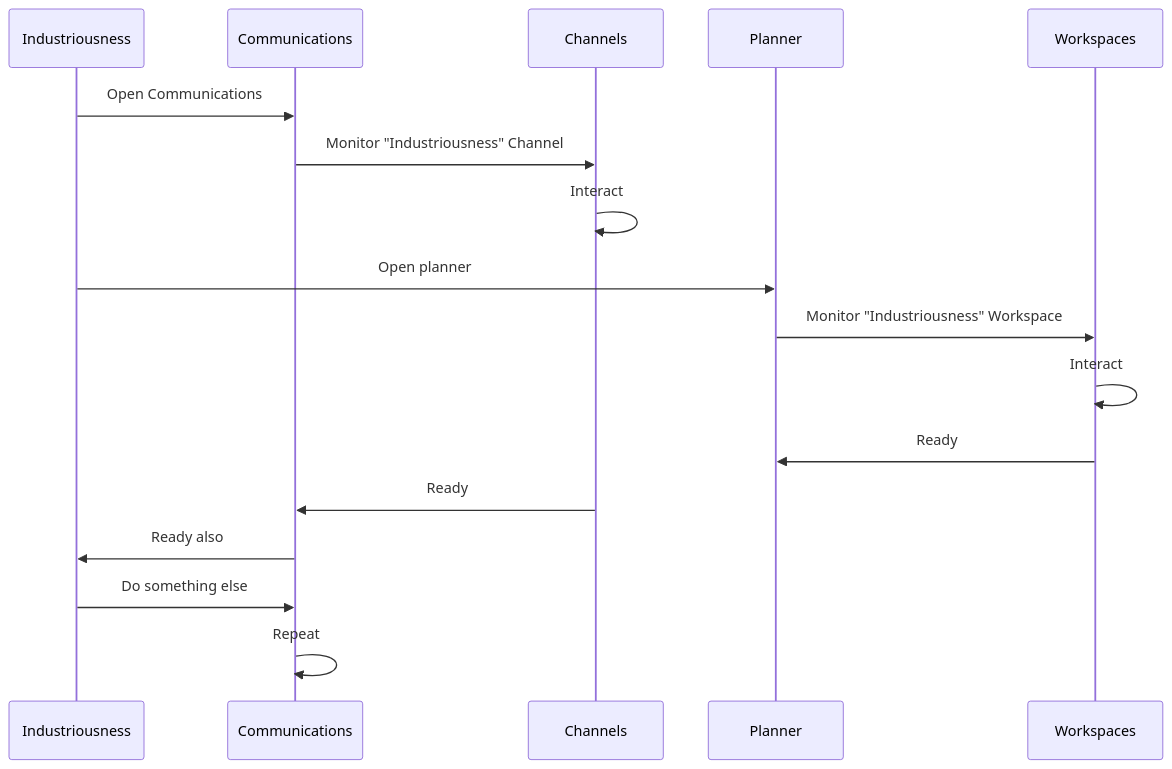
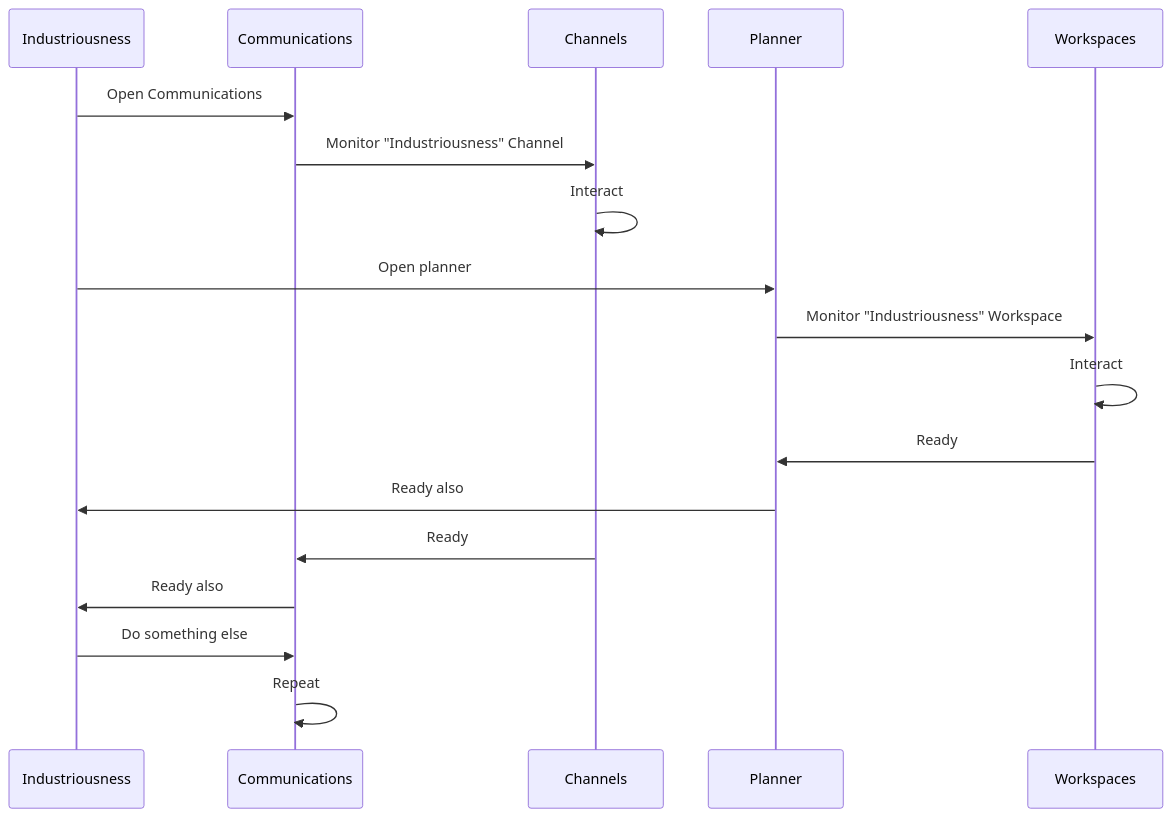
One commit to vanHeemstraSystems/industriousness changed the second of 2 diagrams in 300/README.md. Above: the diagram before and after it, drawn with Mermaid.

````diff
--- a/300/README.md
+++ b/300/README.md
@@ -21,19 +21,20 @@
 ```mermaid
 sequenceDiagram
     participant Industriousness
     participant Communications
     participant Channels
     participant Planner
     participant Workspaces
     Industriousness->>Communications: Open Communications
     Communications->>Channels: Monitor "Industriousness" Channel
     Channels->>Channels: Interact
     Industriousness->>Planner: Open planner
     Planner->>Workspaces: Monitor "Industriousness" Workspace
     Workspaces->>Workspaces: Interact
     Workspaces->>Planner: Ready
+    Planner->>Industriousness: Ready also
     Channels->>Communications: Ready
     Communications->>Industriousness: Ready also
     Industriousness->>Communications: Do something else
     Communications->>Communications: Repeat
 ```
````
